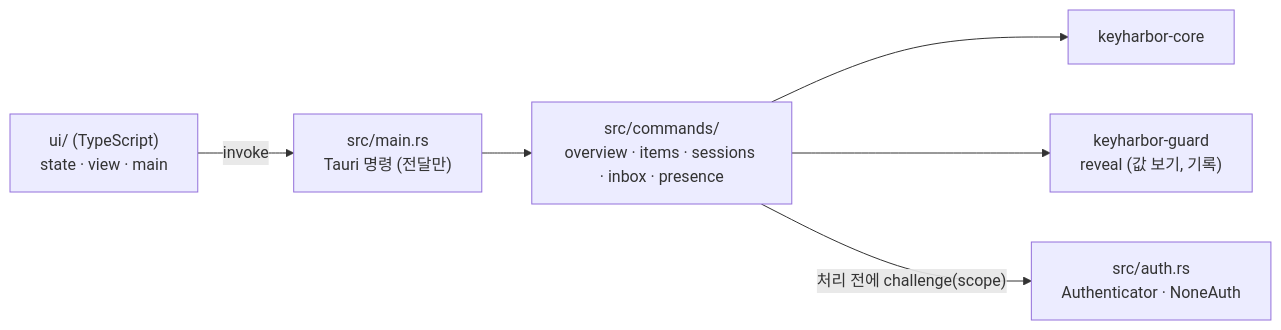
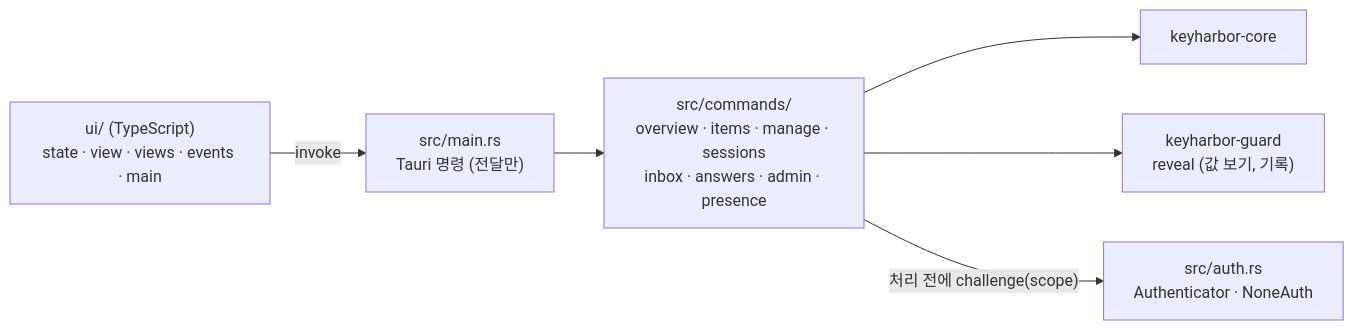
One commit to LeeSwallow/KeyHarbor changed the first of 2 diagrams in app/README.md. Above: the diagram before and after it, drawn with Mermaid. The commit also changed 7 other files, not shown here.

Commit message:
docs: tidy design docs and roadmap before 0.3.0 (#188)

````diff
--- a/app/README.md
+++ b/app/README.md
@@ -5,8 +5,8 @@
 ```mermaid
 flowchart LR
-  UI["ui/ (TypeScript)<br/>state · view · main"] -- "invoke" --> M["src/main.rs<br/>Tauri 명령 (전달만)"]
-  M --> C["src/commands/<br/>overview · items · sessions · inbox · presence"]
+  UI["ui/ (TypeScript)<br/>state · view · views · events · main"] -- "invoke" --> M["src/main.rs<br/>Tauri 명령 (전달만)"]
+  M --> C["src/commands/<br/>overview · items · manage · sessions<br/>inbox · answers · admin · presence"]
   C --> core["keyharbor-core"]
   C --> guard["keyharbor-guard<br/>reveal (값 보기, 기록)"]
   C -- "처리 전에 challenge(scope)" --> A["src/auth.rs<br/>Authenticator · NoneAuth"]
 ```
````
